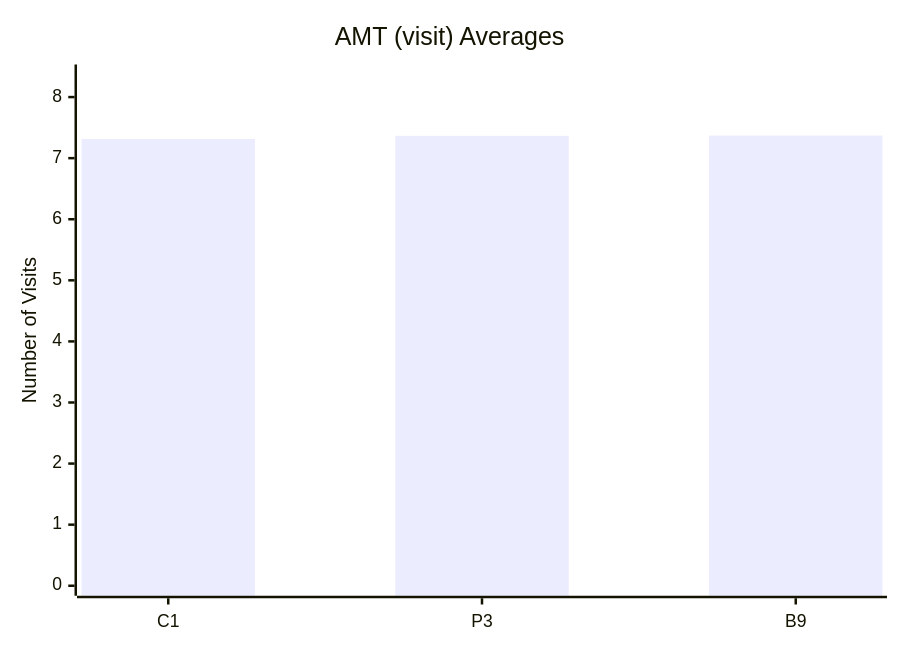
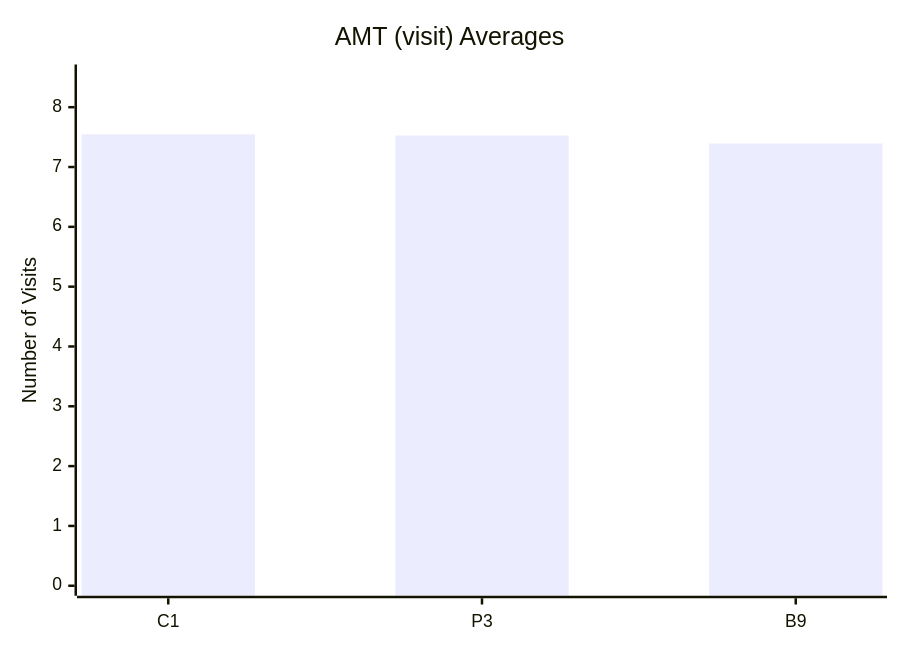
One commit to dhagan-va/intern-2025 changed the tenth of 10 diagrams in test-tools/DataGen/src/Statistics_Visualizer.md. Above: the diagram before and after it, drawn with Mermaid. The commit also changed other lines of this file and 2 other files, not shown here.

````diff
--- a/test-tools/DataGen/src/Statistics_Visualizer.md
+++ b/test-tools/DataGen/src/Statistics_Visualizer.md
@@ -108,7 +108,7 @@
 ```mermaid
 xychart-beta
     title "AMT (visit) Averages"
     x-axis ["C1", "P3", "B9"]
-    y-axis "Number of Visits" 0 --> 8.369504730105731
-    bar [7.314412910406233, 7.365609348914858, 7.3695047301057315]
+    y-axis "Number of Visits" 0 --> 8.546545345465454
+    bar [7.546545345465454, 7.525947405259474, 7.392560743925608]
 ```
````
